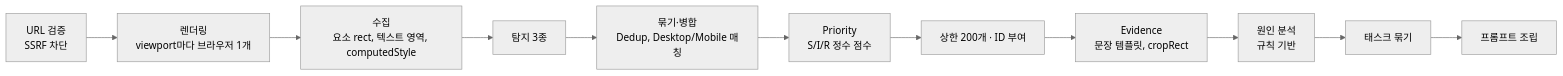
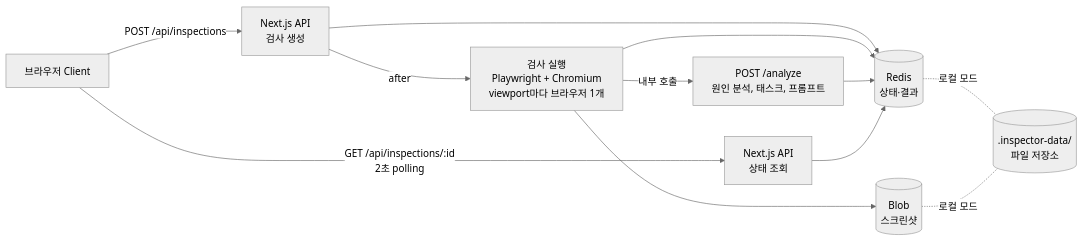
The diagram in README.md (jb0825/web-inspector), drawn with Mermaid (neutral theme) before and after one commit. The commit also changed other lines of this file and 9 other files, not shown here.

````diff
--- a/README.md
+++ b/README.md
@@ -83,13 +78,14 @@
 ```mermaid
 flowchart LR
-  A[URL 검증<br/>SSRF 차단] --> B[렌더링<br/>viewport마다 브라우저 1개]
-  B --> C[수집<br/>요소 rect, 텍스트 영역, computedStyle]
-  C --> D[탐지 3종]
-  D --> E[묶기·병합<br/>Dedup, Desktop/Mobile 매칭]
-  E --> F[Priority<br/>S/I/R 정수 점수]
-  F --> G[상한 200개 · ID 부여]
-  G --> H[Evidence<br/>문장 템플릿, cropRect]
-  H --> I[원인 분석<br/>규칙 기반]
-  I --> J[태스크 묶기]
-  J --> K[프롬프트 조립]
+  C[브라우저 Client] -->|POST /api/inspections| A[Next.js API<br/>검사 생성]
+  C -->|GET /api/inspections/:id<br/>2초 polling| S[Next.js API<br/>상태 조회]
+  A -->|after| I[검사 실행<br/>Playwright + Chromium<br/>viewport마다 브라우저 1개]
+  I -->|내부 호출| N[POST /analyze<br/>원인 분석, 태스크, 프롬프트]
+  A --> R[(Redis<br/>상태·결과)]
+  I --> R
+  N --> R
+  S --> R
+  I --> B[(Blob<br/>스크린샷)]
+  R -. 로컬 모드 .- F[(.inspector-data/<br/>파일 저장소)]
+  B -. 로컬 모드 .- F
 ```
````
